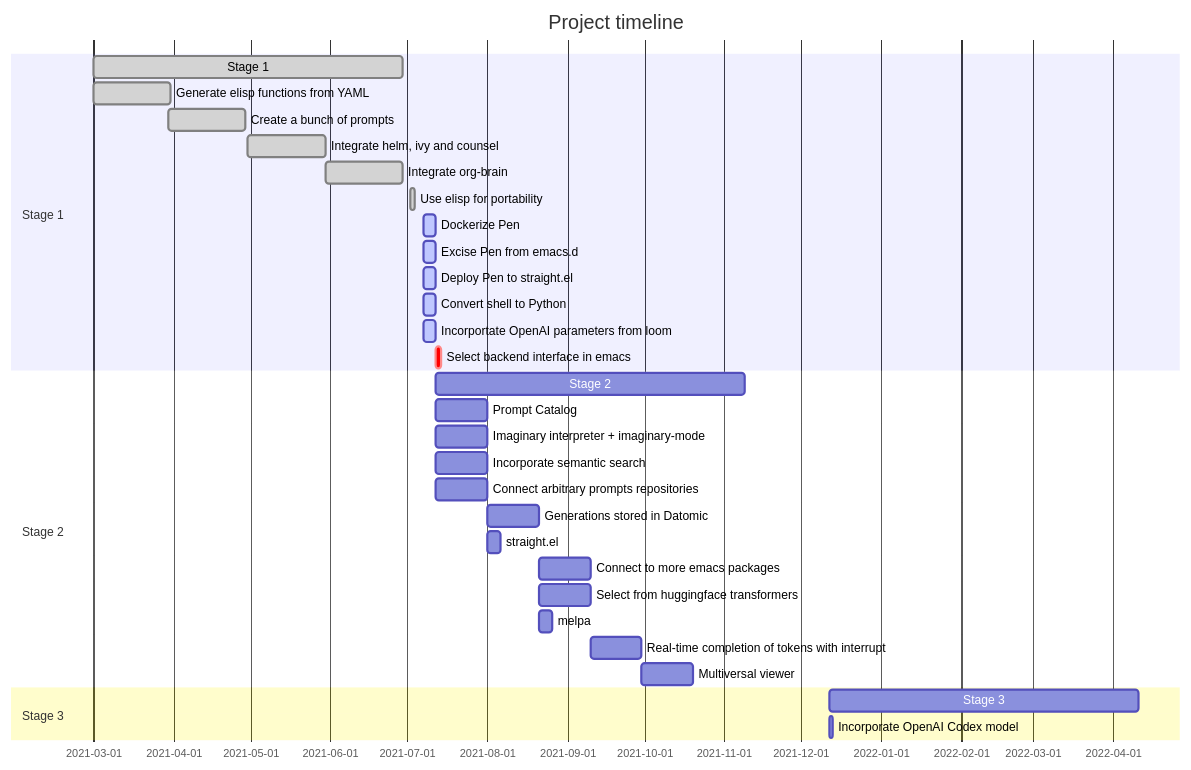
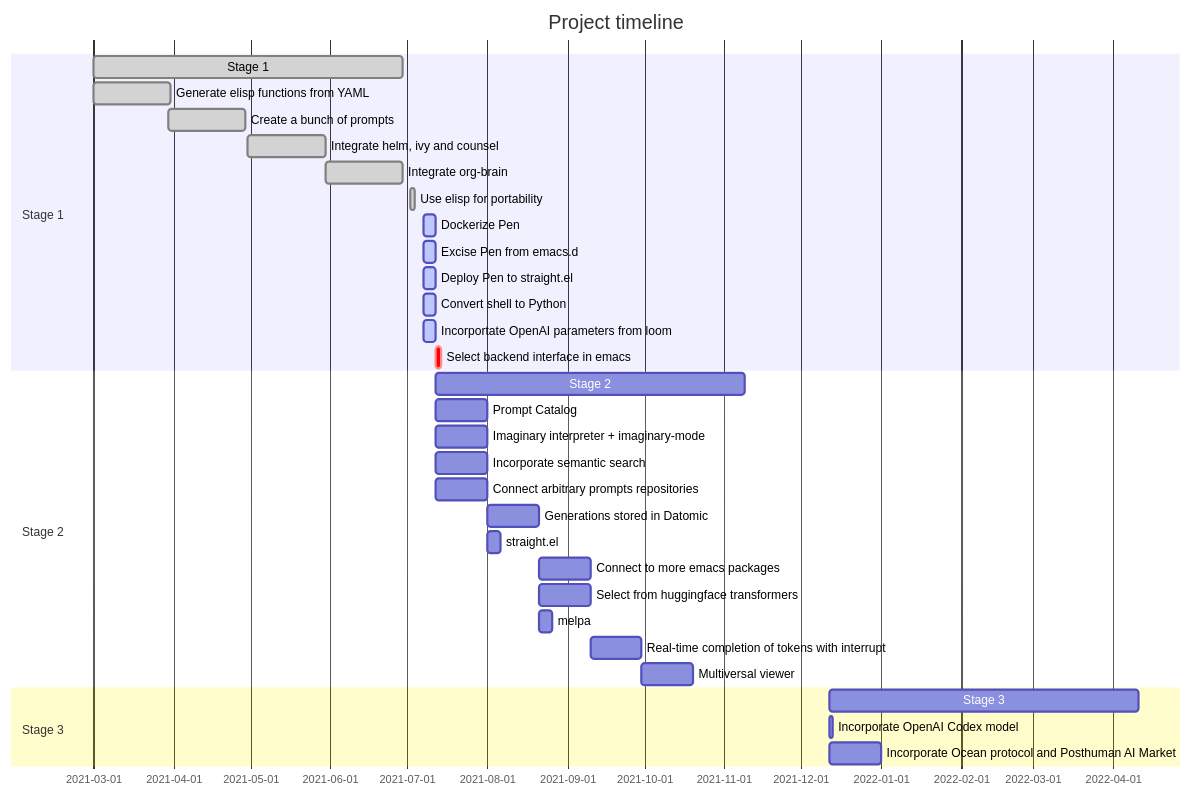
Before and after one commit to semiosis/pen.el: the diagram in docs/README.org, drawn with Mermaid. The commit also changed other lines of this file and 1 other file, not shown here.

```diff
--- a/docs/README.org
+++ b/docs/README.org
@@ -31,34 +31,35 @@
 #+BEGIN_SRC mermaid :results raw :file project-timeline.png
   gantt
           title Project timeline
           dateFormat  YYYY-MM-DD
           section Stage 1
           Stage 1  :done, :s1, 2021-03-01, 120d
           Generate elisp functions from YAML  :done,  :a1, 2021-03-01, 30d
           Create a bunch of prompts  :done,   :a3, 2021-03-30, 30d
           Integrate helm, ivy and counsel  :done,   :a4, 2021-04-30, 30d
           Integrate org-brain  :done,   :a5, 2021-05-30, 30d
           Use elisp for portability :done,  :b2, 2021-07-02, 2d
           Dockerize Pen : active, b3, after b2 , 5d
           Excise Pen from emacs.d: active, b3.1, after b2 , 5d
           Deploy Pen to straight.el: active, b3.2, after b2 , 5d
           Convert shell to Python : active, b4, after b2 , 5d
           Incorportate OpenAI parameters from loom : active, b4, after b2 , 5d
           Select backend interface in emacs :crit, after b3, 2d
           section Stage 2
           Stage 2  :s2, 2021-07-12, 120d
           Prompt Catalog : b6a, 2021-07-12, 20d
           Imaginary interpreter + imaginary-mode : b11, 2021-07-12, 20d
           Incorporate semantic search : b12, 2021-07-12, 20d
           Connect arbitrary prompts repositories : b6, 2021-07-12, 20d
           Generations stored in Datomic : b7, after b6, 20d
           straight.el : b13, after b6, 5d
           Connect to more emacs packages : b8, after b7 , 20d
           Select from huggingface transformers : b15, after b7 , 20d
           melpa : b14, after b7 , 5d
           Real-time completion of tokens with interrupt : b9, after b8, 20d
           Multiversal viewer : b10, after b9, 20d
           section Stage 3
           Stage 3  :s3, 2021-12-12, 120d
           Incorporate OpenAI Codex model : c1, 2021-12-12, 1d
+          Incorporate Ocean protocol and Posthuman AI Market : c1, 2021-12-12, 20d
 #+END_SRC
```
